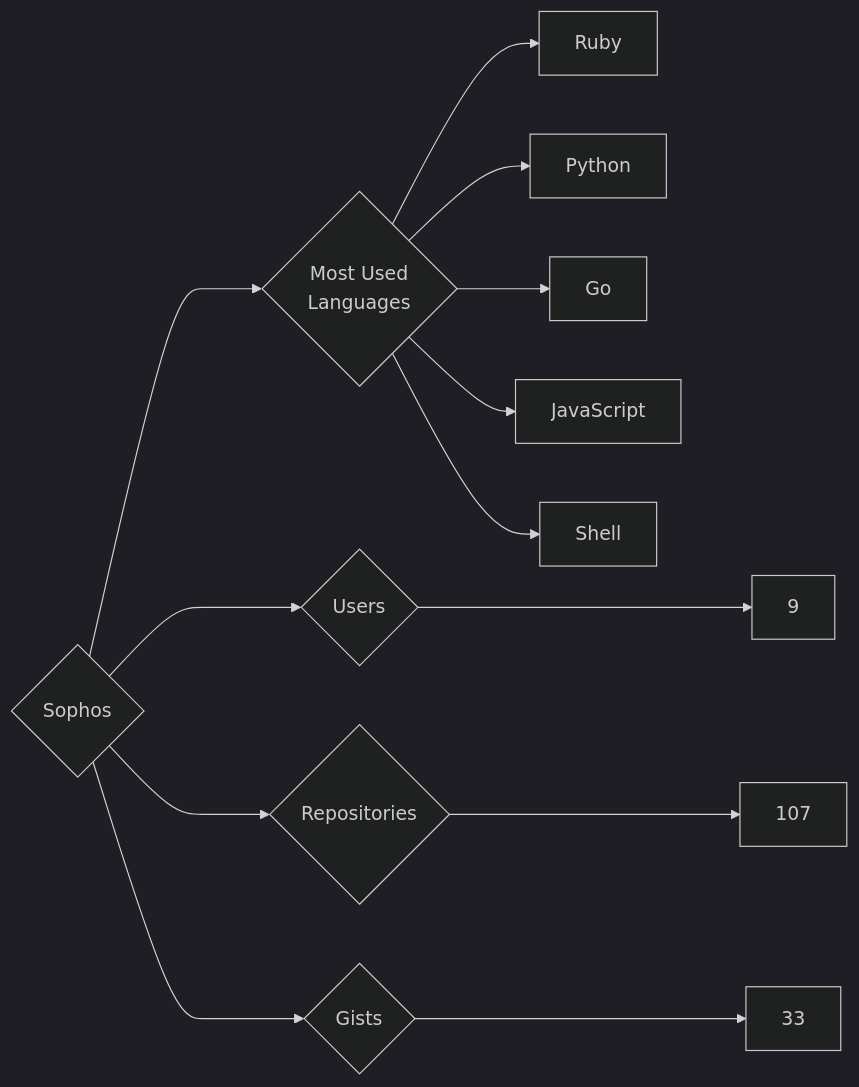
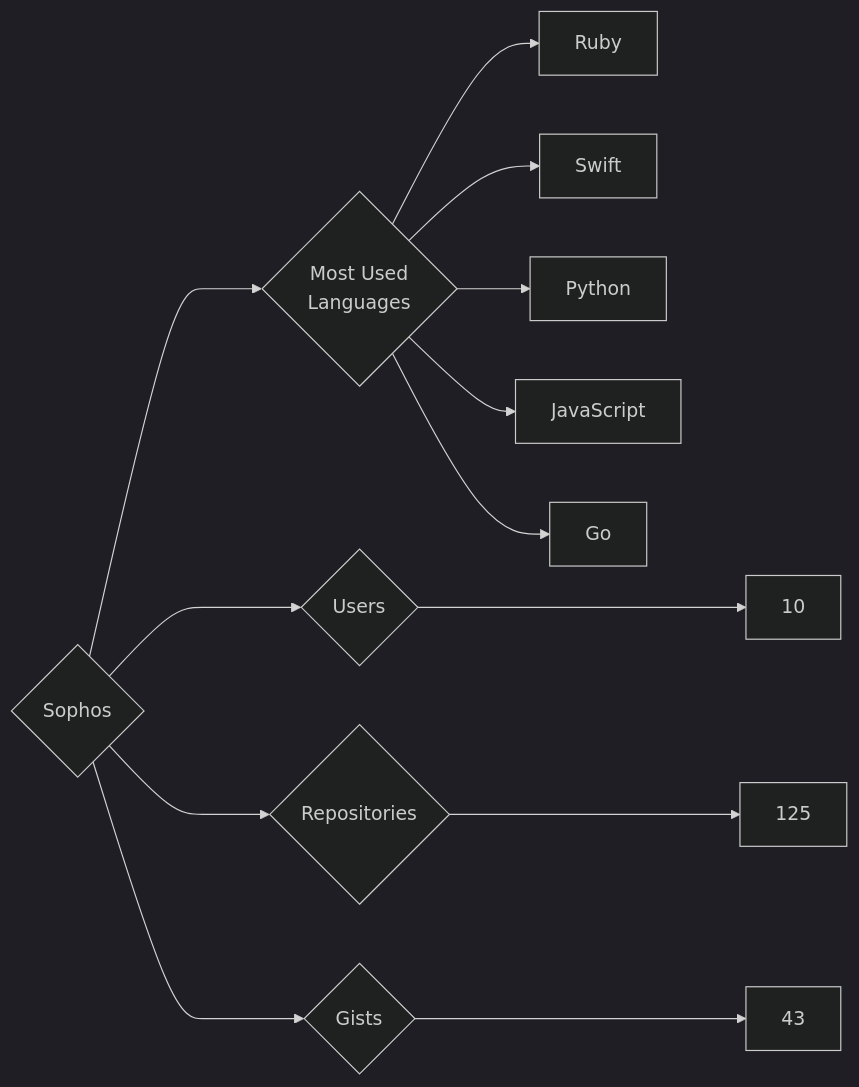
The diagram in targets/Sophos/README.md (trickest/insiders), drawn with Mermaid (dark theme) before and after one commit. The commit also changed 797 other files, not shown here.

````diff
--- a/targets/Sophos/README.md
+++ b/targets/Sophos/README.md
@@ -3,13 +3,13 @@
 ```mermaid
 graph LR
 COMPANY_NAME{Sophos}
-COMPANY_NAME ---> U{Users} ---> UN[9]
-COMPANY_NAME ---> R{Repositories} ---> RN[107]
-COMPANY_NAME ---> G{Gists} ---> GN[33]
+COMPANY_NAME ---> U{Users} ---> UN[10]
+COMPANY_NAME ---> R{Repositories} ---> RN[125]
+COMPANY_NAME ---> G{Gists} ---> GN[43]
 COMPANY_NAME ---> ML{Most Used<br>Languages}
 ML --> Ruby[Ruby]
+ML --> Swift[Swift]
 ML --> Python[Python]
+ML --> JavaScript[JavaScript]
 ML --> Go[Go]
-ML --> JavaScript[JavaScript]
-ML --> Shell[Shell]
 ```
````
